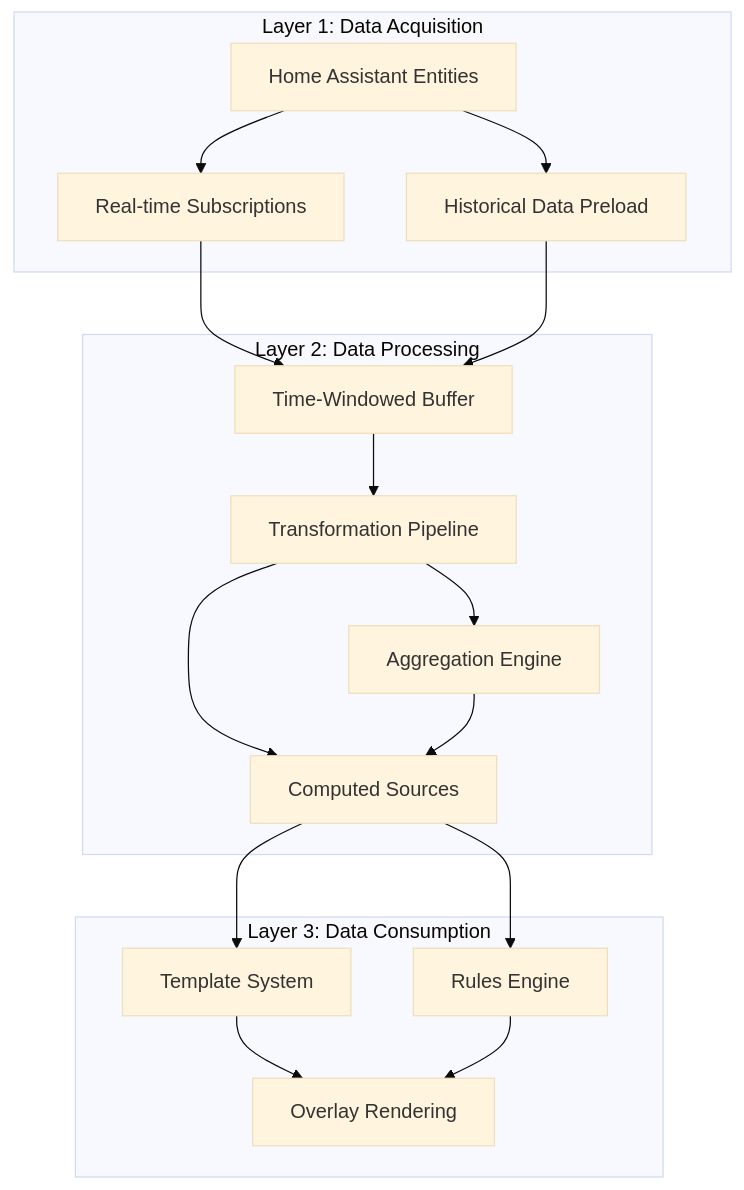
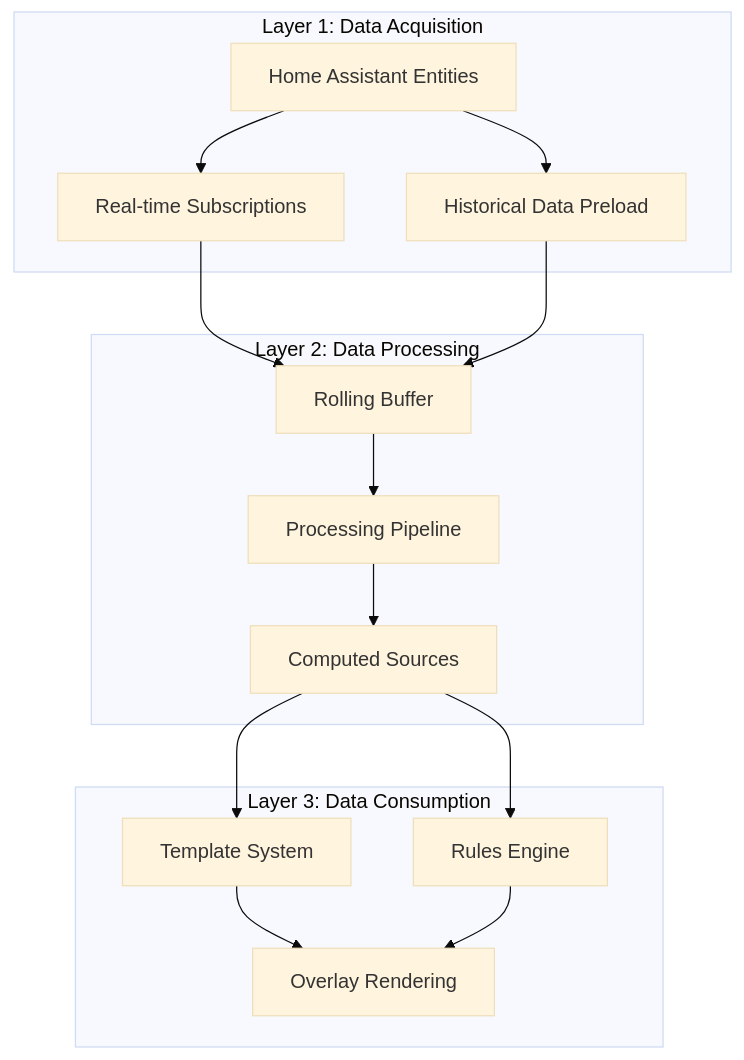
One commit to solhuebner/lcards changed the second of 8 diagrams in doc/architecture/subsystems/datasource-system.md. Above: the diagram before and after it, drawn with Mermaid (base theme). The commit also changed other lines of this file and 61 other files, not shown here.

````diff
--- a/doc/architecture/subsystems/datasource-system.md
+++ b/doc/architecture/subsystems/datasource-system.md
@@ -71,34 +69,31 @@
 ```mermaid
 flowchart TB
     subgraph Layer1["Layer 1: Data Acquisition"]
         HA[Home Assistant Entities]
         Sub[Real-time Subscriptions]
         Hist[Historical Data Preload]
     end
 
     subgraph Layer2["Layer 2: Data Processing"]
-        Buffer[Time-Windowed Buffer]
-        Trans[Transformation Pipeline]
-        Agg[Aggregation Engine]
+        Buffer[Rolling Buffer]
+        Process[Processing Pipeline]
         Compute[Computed Sources]
     end
 
     subgraph Layer3["Layer 3: Data Consumption"]
         Template[Template System]
         Rules[Rules Engine]
         Overlay[Overlay Rendering]
     end
 
     HA --> Sub
     HA --> Hist
     Sub --> Buffer
     Hist --> Buffer
-    Buffer --> Trans
-    Trans --> Agg
-    Trans --> Compute
-    Agg --> Compute
+    Buffer --> Process
+    Process --> Compute
     Compute --> Template
     Compute --> Rules
     Template --> Overlay
     Rules --> Overlay
 ```
````
